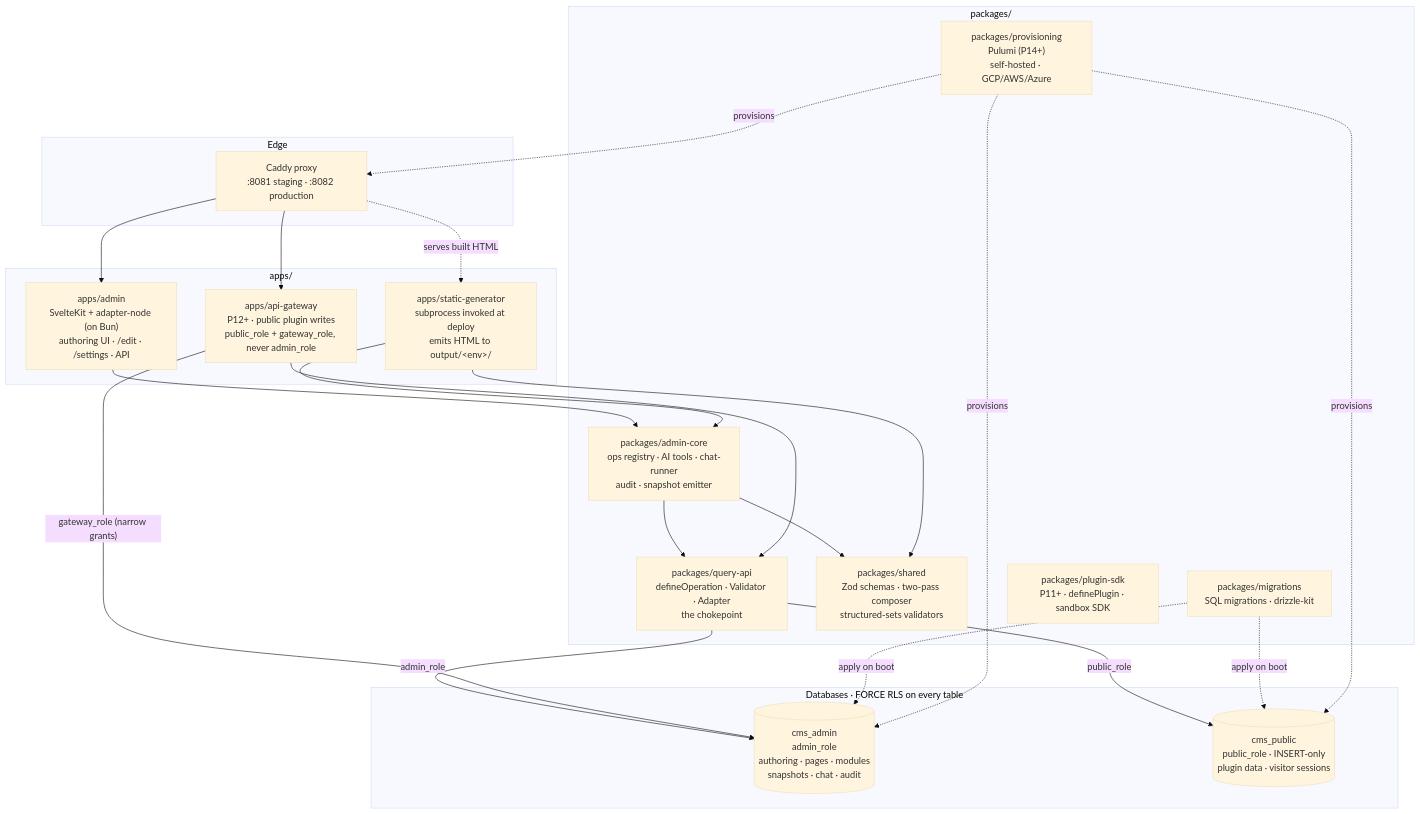
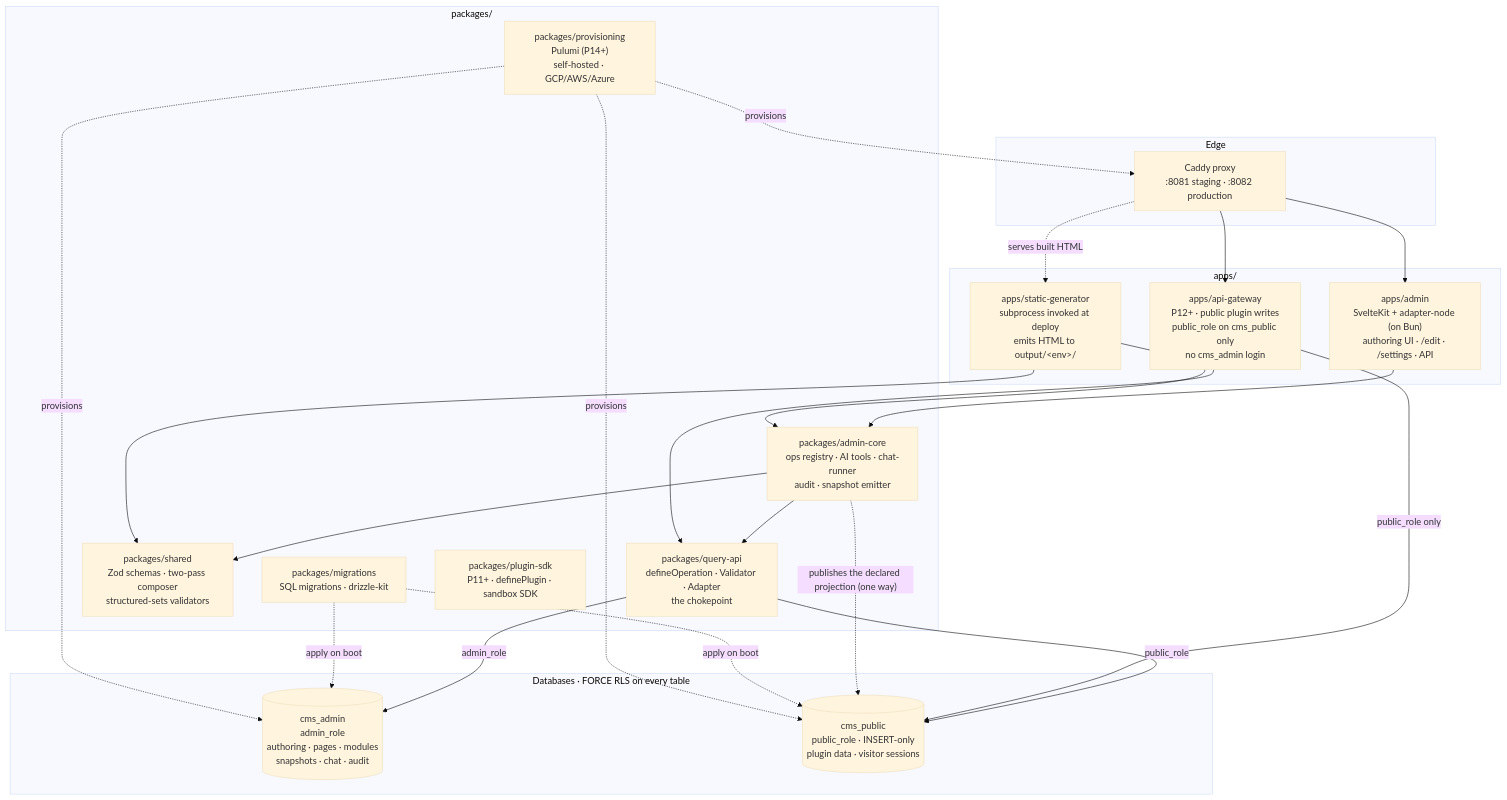
Before and after one commit to caelo-cms/caelo-cms: the first of 4 diagrams in ARCHITECTURE.md, drawn with Mermaid (base theme). The commit also changed other lines of this file and 37 other files, not shown here.

````diff
--- a/ARCHITECTURE.md
+++ b/ARCHITECTURE.md
@@ -11,48 +11,49 @@
 ```mermaid
 graph TD
   subgraph edge["Edge"]
     Caddy["Caddy proxy<br/>:8081 staging · :8082 production"]
   end
 
   subgraph apps["apps/"]
     Admin["apps/admin<br/>SvelteKit + adapter-node (on Bun)<br/>authoring UI · /edit · /settings · API"]
     StaticGen["apps/static-generator<br/>subprocess invoked at deploy<br/>emits HTML to output/&lt;env&gt;/"]
-    Gateway["apps/api-gateway<br/>P12+ · public plugin writes<br/>public_role + gateway_role, never admin_role"]
+    Gateway["apps/api-gateway<br/>P12+ · public plugin writes<br/>public_role on cms_public only<br/>no cms_admin login"]
   end
 
   subgraph pkgs["packages/"]
     AdminCore["packages/admin-core<br/>ops registry · AI tools · chat-runner<br/>audit · snapshot emitter"]
     QueryApi["packages/query-api<br/>defineOperation · Validator · Adapter<br/>the chokepoint"]
     Shared["packages/shared<br/>Zod schemas · two-pass composer<br/>structured-sets validators"]
     Migrations["packages/migrations<br/>SQL migrations · drizzle-kit"]
     Provisioning["packages/provisioning<br/>Pulumi (P14+)<br/>self-hosted · GCP/AWS/Azure"]
     PluginSdk["packages/plugin-sdk<br/>P11+ · definePlugin · sandbox SDK"]
   end
 
   subgraph dbs["Databases · FORCE RLS on every table"]
     CmsAdmin[("cms_admin<br/>admin_role<br/>authoring · pages · modules<br/>snapshots · chat · audit")]
     CmsPublic[("cms_public<br/>public_role · INSERT-only<br/>plugin data · visitor sessions")]
   end
 
   Caddy --> Admin
   Caddy --> Gateway
   Caddy -. serves built HTML .-> StaticGen
 
   Admin --> AdminCore
   AdminCore --> QueryApi
   AdminCore --> Shared
   Gateway --> QueryApi
   StaticGen --> AdminCore
   StaticGen --> Shared
 
   QueryApi -- admin_role --> CmsAdmin
   QueryApi -- public_role --> CmsPublic
-  Gateway -- "gateway_role (narrow grants)" --> CmsAdmin
+  Gateway -- "public_role only" --> CmsPublic
+  AdminCore -. "publishes the declared projection (one way)" .-> CmsPublic
 
   Migrations -. apply on boot .-> CmsAdmin
   Migrations -. apply on boot .-> CmsPublic
 
   Provisioning -. provisions .-> Caddy
   Provisioning -. provisions .-> CmsAdmin
   Provisioning -. provisions .-> CmsPublic
 ```
````
